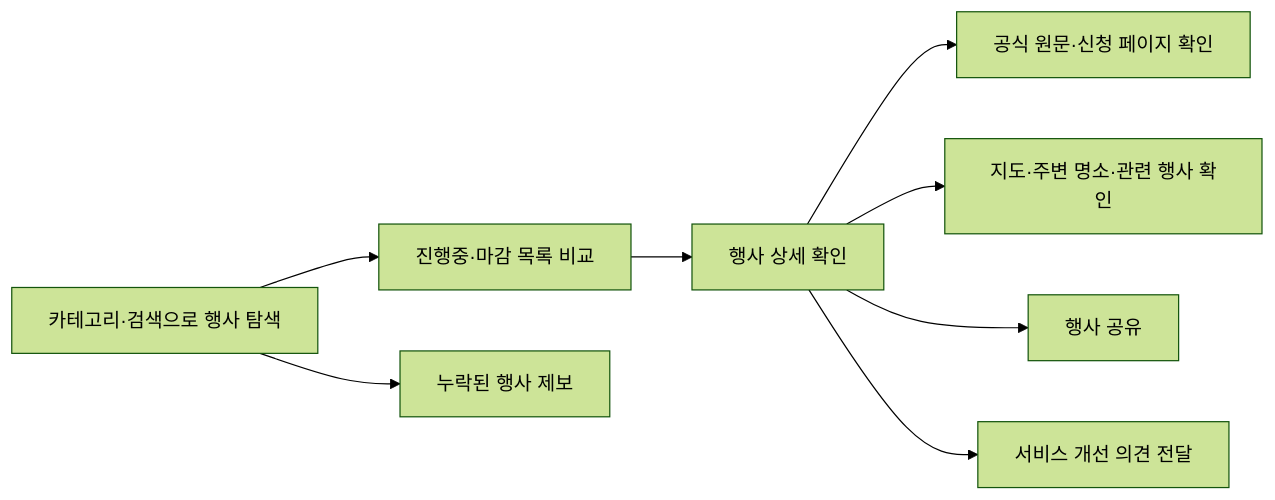
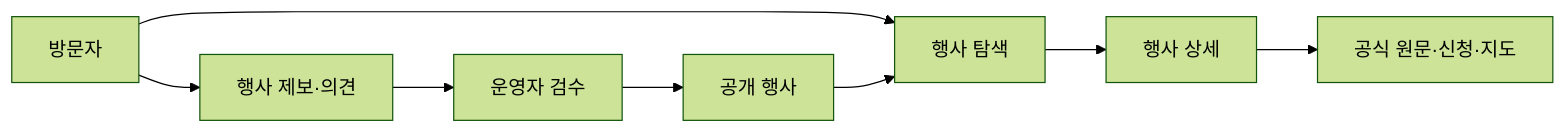
One commit to sanghee01/sokcho-moa changed the first of 3 diagrams in README.md. Above: the diagram before and after it, drawn with Mermaid (forest theme). The commit also changed other lines of this file and 2 other files, not shown here.

````diff
--- a/README.md
+++ b/README.md
@@ -28,10 +64,10 @@
 ```mermaid
 flowchart LR
-  A["카테고리·검색으로 행사 탐색"] --> B["진행중·마감 목록 비교"]
-  B --> C["행사 상세 확인"]
-  C --> D["공식 원문·신청 페이지 확인"]
-  C --> E["지도·주변 명소·관련 행사 확인"]
-  C --> F["행사 공유"]
-  A --> G["누락된 행사 제보"]
-  C --> H["서비스 개선 의견 전달"]
+  Visitor["방문자"] --> Browse["행사 탐색"]
+  Browse --> Detail["행사 상세"]
+  Detail --> Source["공식 원문·신청·지도"]
+  Visitor --> Submit["행사 제보·의견"]
+  Submit --> Review["운영자 검수"]
+  Review --> Published["공개 행사"]
+  Published --> Browse
 ```
````
